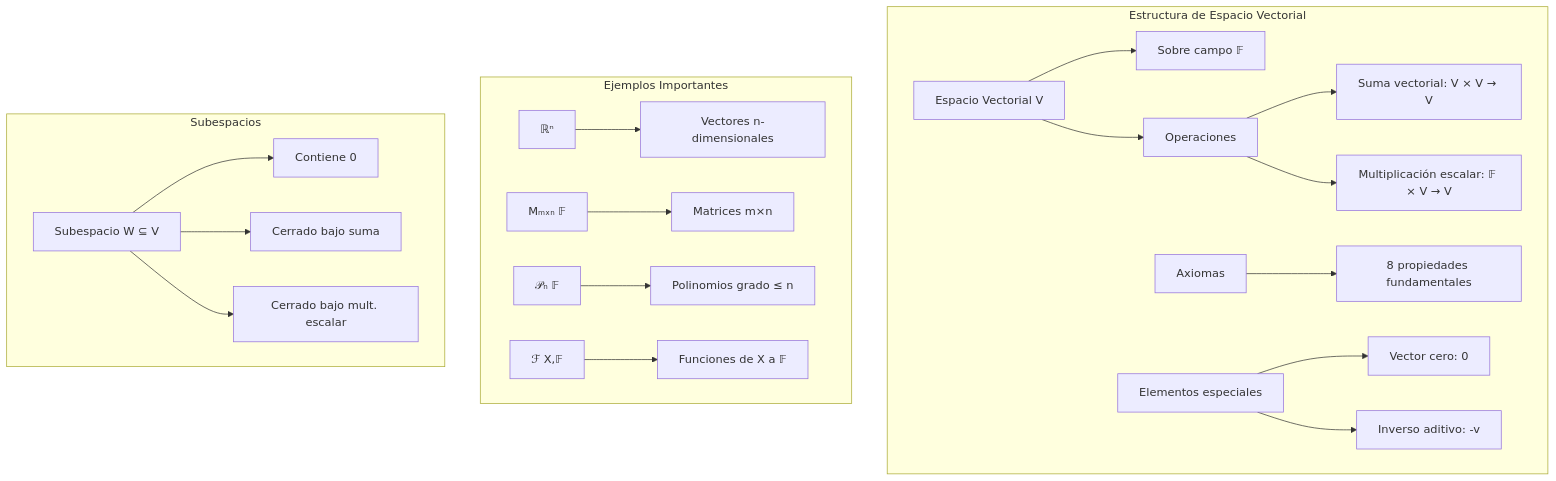
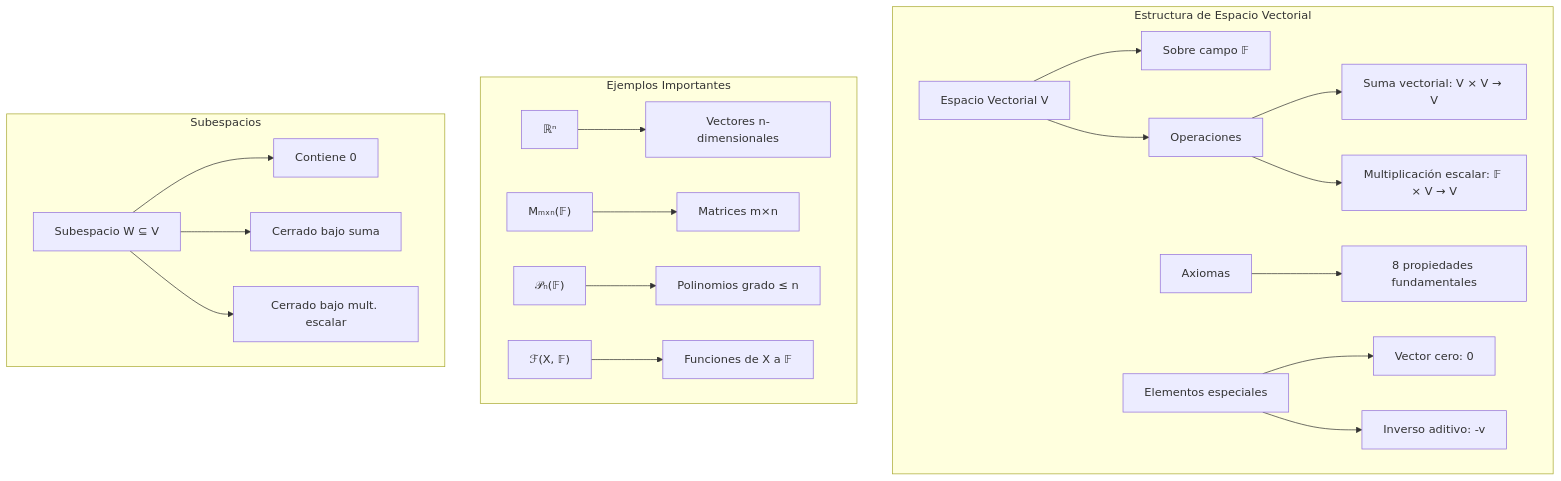
One commit to djaimej/computer-science-template changed the second of 2 diagrams in public/documents/semester-3/1/3112.md. Above: the diagram before and after it, drawn with Mermaid. The commit also changed other lines of this file and 34 other files, not shown here.

````diff
--- a/public/documents/semester-3/1/3112.md
+++ b/public/documents/semester-3/1/3112.md
@@ -524,31 +530,31 @@
 ```mermaid
 graph TD
     subgraph "Estructura de Espacio Vectorial"
         A[Espacio Vectorial V] --> B[Sobre campo 𝔽]
         A --> C[Operaciones]
 
         C --> D[Suma vectorial: V × V → V]
         C --> E[Multiplicación escalar: 𝔽 × V → V]
 
         F[Axiomas] --> G[8 propiedades fundamentales]
         H[Elementos especiales] --> I[Vector cero: 0]
         H --> J[Inverso aditivo: -v]
     end
 
     subgraph "Ejemplos Importantes"
         K[ℝⁿ] --> L[Vectores n-dimensionales]
-        M[Mₘₓₙ 𝔽] --> N[Matrices m×n]
-        O[𝒫ₙ 𝔽] --> P[Polinomios grado ≤ n]
-        Q[ℱ X,𝔽] --> R[Funciones de X a 𝔽]
+        M["Mₘₓₙ(𝔽)"] --> N[Matrices m×n]
+        O["𝒫ₙ(𝔽)"] --> P[Polinomios grado ≤ n]
+        Q["ℱ(X, 𝔽)"] --> R[Funciones de X a 𝔽]
     end
 
     subgraph "Subespacios"
         S[Subespacio W ⊆ V] --> T[Contiene 0]
         S --> U[Cerrado bajo suma]
         S --> V[Cerrado bajo mult. escalar]
     end
 
     D:::lazuli
     E:::blue
     I:::purple
 ```
````
